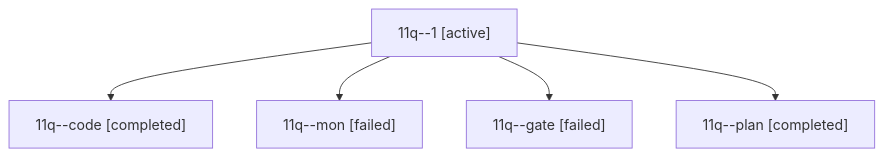
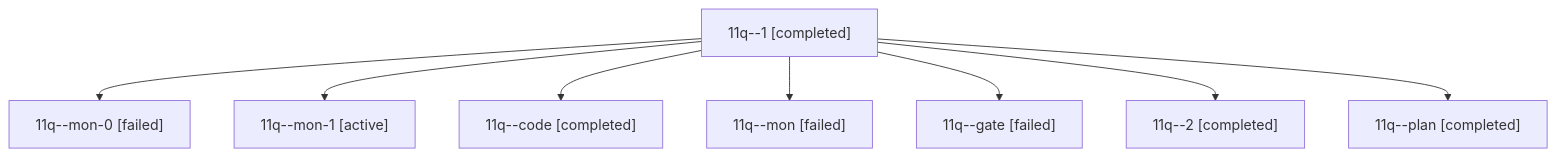
The diagram in sessions/bbugyi200.athena.11q.md (bobs-org/bob-cli--agents), drawn with Mermaid before and after one commit. The commit also changed other lines of this file and 33 other files, not shown here.

````diff
--- a/sessions/bbugyi200.athena.11q.md
+++ b/sessions/bbugyi200.athena.11q.md
@@ -9,12 +9,18 @@
 ```mermaid
 flowchart TD
-  n0["11q--1 [active]"]
-  n1["11q--code [completed]"]
+  n0["11q--1 [completed]"]
+  n1["11q--mon-0 [failed]"]
   n0 --> n1
-  n2["11q--mon [failed]"]
+  n2["11q--mon-1 [active]"]
   n0 --> n2
-  n3["11q--gate [failed]"]
+  n3["11q--code [completed]"]
   n0 --> n3
-  n4["11q--plan [completed]"]
+  n4["11q--mon [failed]"]
   n0 --> n4
+  n5["11q--gate [failed]"]
+  n0 --> n5
+  n6["11q--2 [completed]"]
+  n0 --> n6
+  n7["11q--plan [completed]"]
+  n0 --> n7
 ```
````
